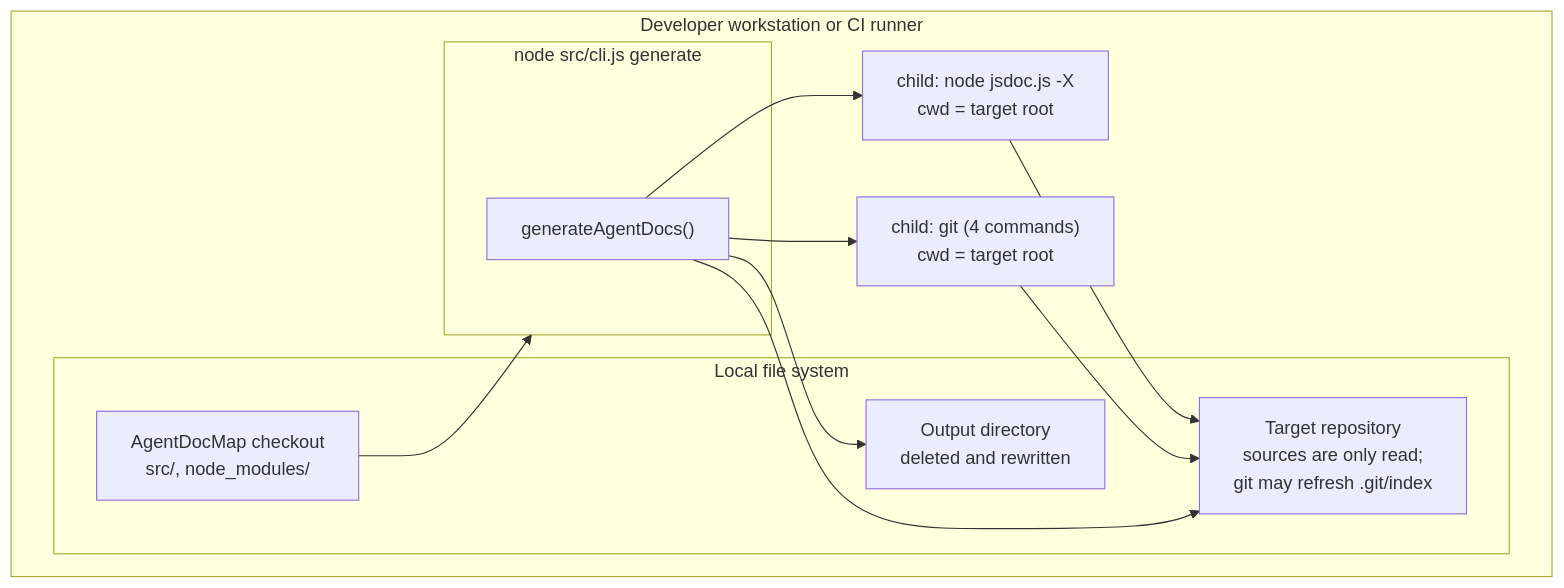
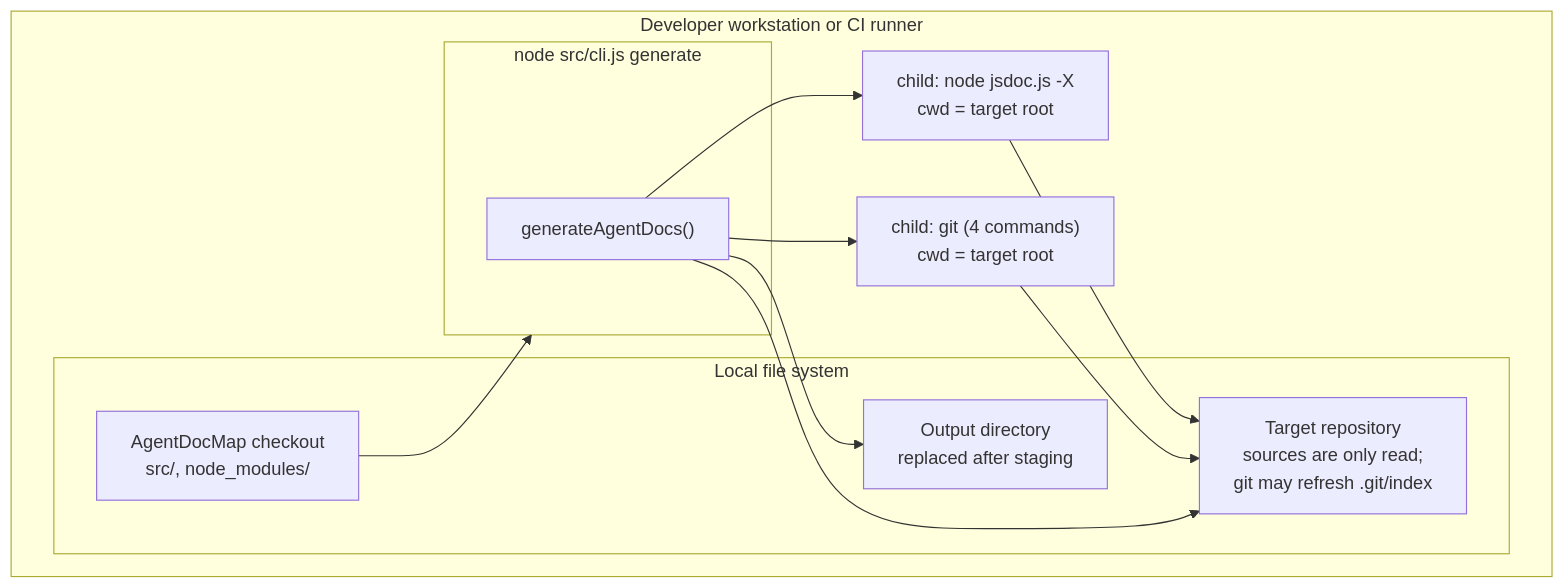
One commit to Optimal2/AgentDocMap changed the second of 5 diagrams in docs/ARCHITECTURE.md. Above: the diagram before and after it, drawn with Mermaid. The commit also changed other lines of this file and 8 other files, not shown here.

First line of the commit message:
Stage agent docs before replacing the output directory

````diff
--- a/docs/ARCHITECTURE.md
+++ b/docs/ARCHITECTURE.md
@@ -159,23 +159,23 @@
 ```mermaid
 flowchart TB
     subgraph Host["Developer workstation or CI runner"]
         subgraph Proc["node src/cli.js generate"]
             GEN["generateAgentDocs()"]
         end
         JS["child: node jsdoc.js -X<br/>cwd = target root"]
         GT["child: git (4 commands)<br/>cwd = target root"]
         subgraph FS["Local file system"]
             ADMDIR["AgentDocMap checkout<br/>src/, node_modules/"]
             TGT["Target repository<br/>sources are only read;<br/>git may refresh .git/index"]
-            OUTD["Output directory<br/>deleted and rewritten"]
+            OUTD["Output directory<br/>replaced after staging"]
         end
     end
 
     GEN --> JS
     GEN --> GT
     JS --> TGT
     GT --> TGT
     GEN --> TGT
     GEN --> OUTD
     ADMDIR --> Proc
 ```
````
